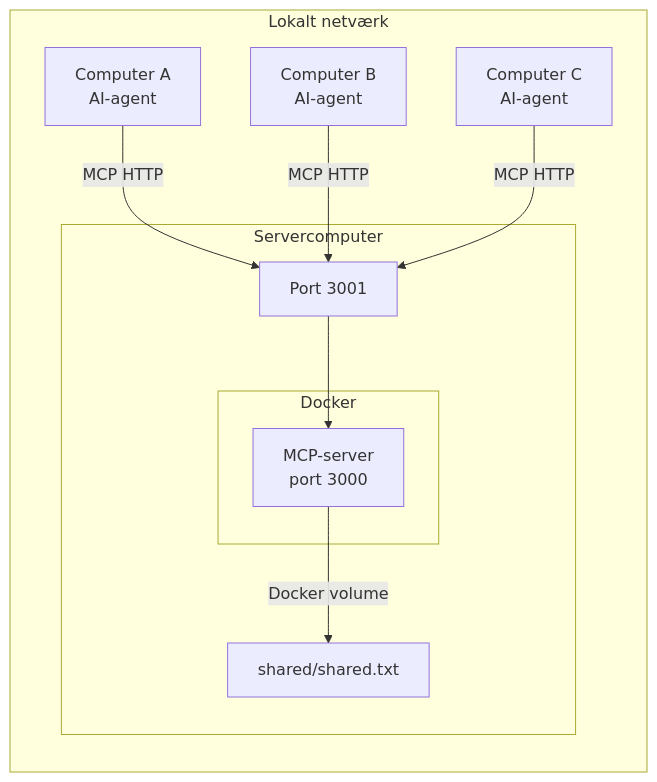
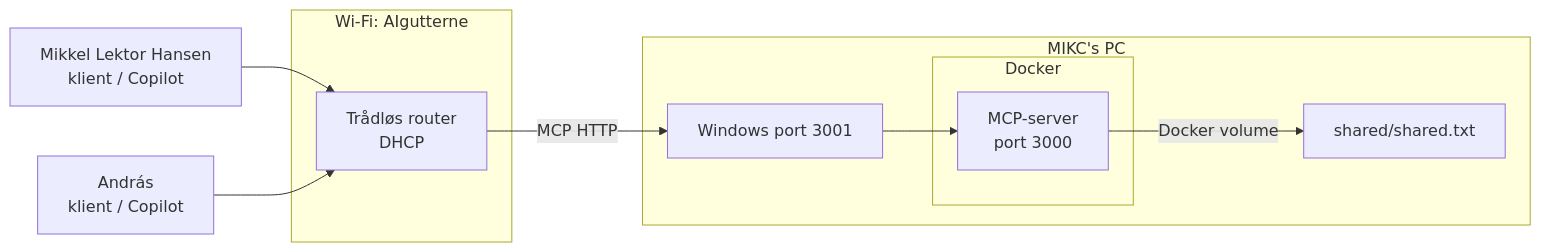
Before and after one commit to krollchristensen/mcp-lan-file-server_mhan_anac: the diagram in README.md, drawn with Mermaid. The commit also changed other lines of this file and 2 other files, not shown here.

````diff
--- a/README.md
+++ b/README.md
@@ -922,25 +22,26 @@
 ```mermaid
 flowchart LR
-    subgraph LAN["Lokalt netværk"]
-        A["Computer A<br>AI-agent"]
-        B["Computer B<br>AI-agent"]
-        C["Computer C<br>AI-agent"]
+    H["Mikkel Lektor Hansen<br>klient / Copilot"]
+    A["András<br>klient / Copilot"]
 
-        subgraph HOST["Servercomputer"]
-            P["Port 3001"]
+    subgraph LAN["Wi-Fi: AIgutterne"]
+        R["Trådløs router<br>DHCP"]
+    end
 
-            subgraph DOCKER["Docker"]
-                M["MCP-server<br>port 3000"]
-            end
+    subgraph MIKC["MIKC's PC"]
+        P["Windows port 3001"]
 
-            F["shared/shared.txt"]
-
-            P --> M
-            M -->|"Docker volume"| F
+        subgraph D["Docker"]
+            M["MCP-server<br>port 3000"]
         end
 
-        A -->|"MCP HTTP"| P
-        B -->|"MCP HTTP"| P
-        C -->|"MCP HTTP"| P
+        F["shared/shared.txt"]
+
+        P --> M
+        M -->|"Docker volume"| F
     end
+
+    H --> R
+    A --> R
+    R -->|"MCP HTTP"| P
 ```
````
